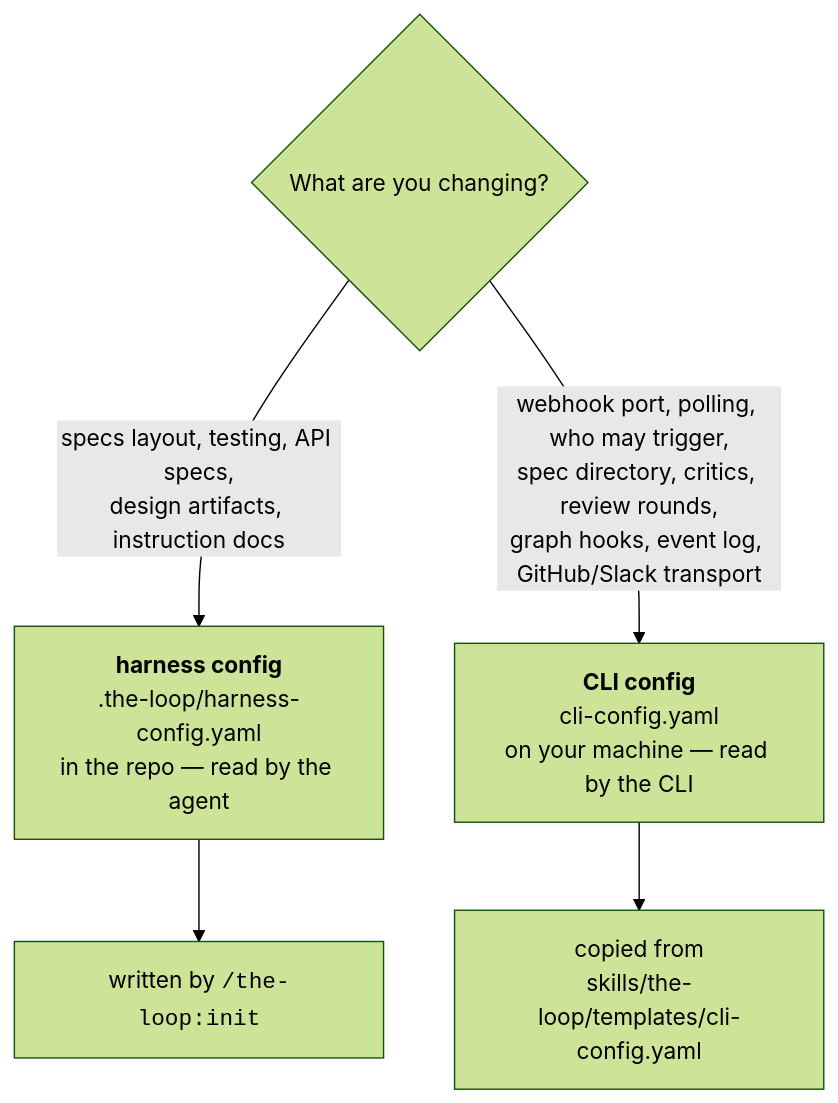
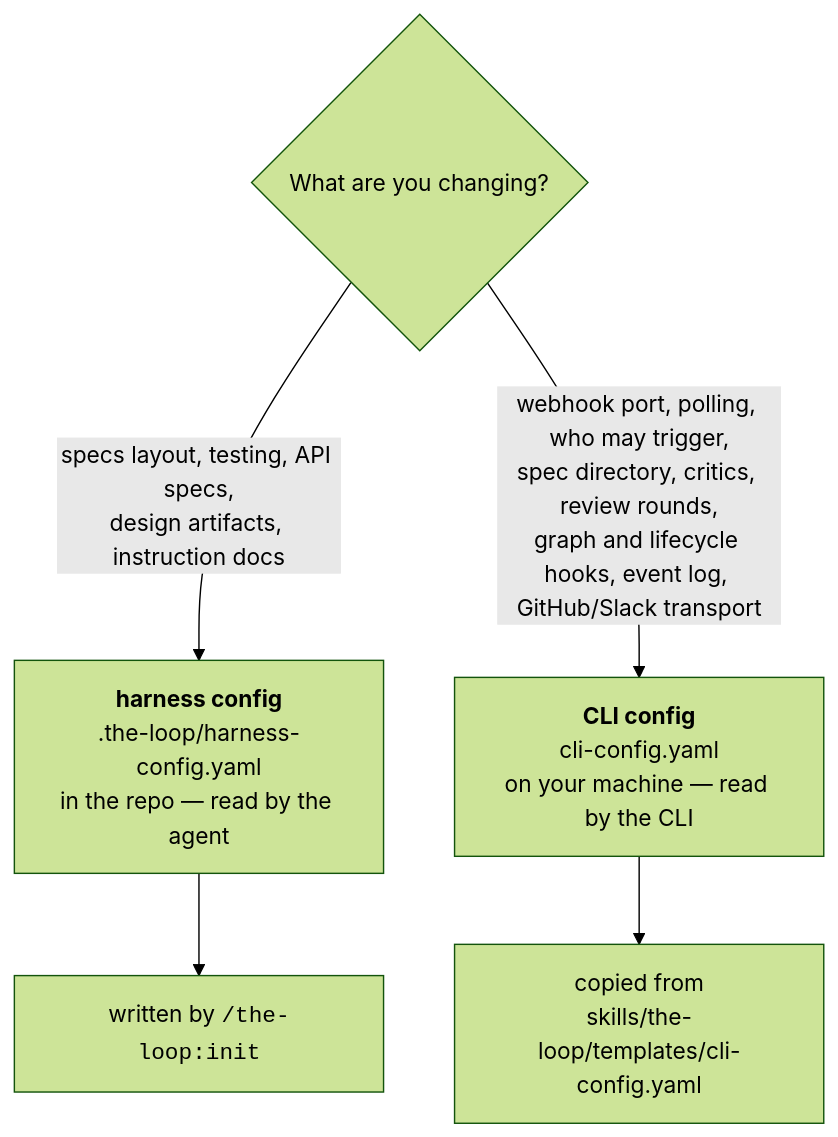
Before and after one commit to MadaraUchiha-314/the-loop: the diagram in docs/config/index.md, drawn with Mermaid (forest theme). The commit also changed other lines of this file and 35 other files, not shown here.

````diff
--- a/docs/config/index.md
+++ b/docs/config/index.md
@@ -35,8 +35,8 @@
 ```mermaid
 graph TD
   Q{"What are you changing?"}
   Q -->|"specs layout, testing, API specs,<br/>design artifacts, instruction docs"| H["<b>harness config</b><br/>.the-loop/harness-config.yaml<br/>in the repo — read by the agent"]
-  Q -->|"webhook port, polling, who may trigger,<br/>spec directory, critics, review rounds,<br/>graph hooks, event log, GitHub/Slack transport"| C["<b>CLI config</b><br/>cli-config.yaml<br/>on your machine — read by the CLI"]
+  Q -->|"webhook port, polling, who may trigger,<br/>spec directory, critics, review rounds,<br/>graph and lifecycle hooks, event log, GitHub/Slack transport"| C["<b>CLI config</b><br/>cli-config.yaml<br/>on your machine — read by the CLI"]
   H --> H2["written by <code>/the-loop:init</code>"]
   C --> C2["copied from<br/>skills/the-loop/templates/cli-config.yaml"]
 ```
````
